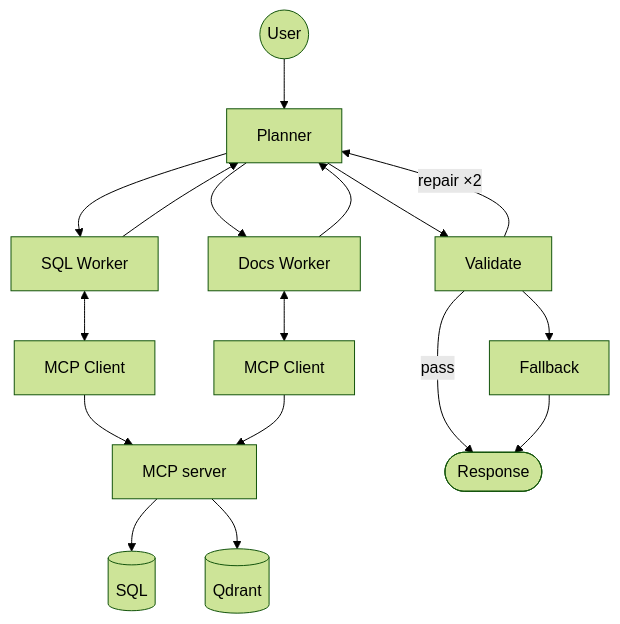
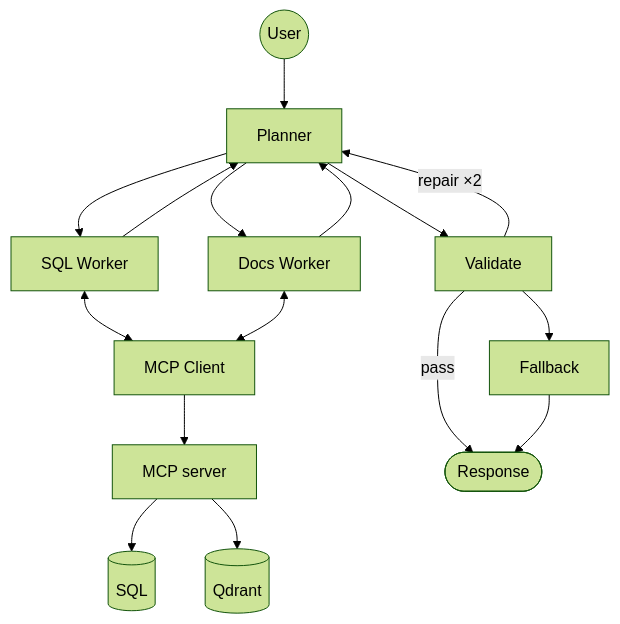
The second of 2 diagrams in scratch/multi-agent.md (sazzad-kamal/crm-agentic-mcp-engine), drawn with Mermaid (forest theme) before and after one commit. The commit also changed other lines of this file, not shown here.

Commit message:
Multi-agent: one shared MCP client; note repair stays in reasoning layer (not tools)

````diff
--- a/scratch/multi-agent.md
+++ b/scratch/multi-agent.md
@@ -45,25 +44,24 @@
 ```mermaid
 flowchart TB
     Q(("User")) --> PL["Planner"]
 
     PL --> W1["SQL Worker"]
     PL --> W2["Docs Worker"]
     W1 --> PL
     W2 --> PL
 
-    W1 <--> MC1["MCP Client"]
-    W2 <--> MC2["MCP Client"]
-    MC1 --> MCPSRV["MCP server"]
-    MC2 --> MCPSRV
+    W1 <--> MC["MCP Client"]
+    W2 <--> MC
+    MC --> MCPSRV["MCP server"]
 
     PL --> VAL["Validate"]
     VAL -->|"repair ×2"| PL
     VAL --> FB["Fallback"]
     VAL -->|pass| RESP
     FB --> RESP
 
     RESP(["Response"])
 
     MCPSRV --> DB[("SQL")]
     MCPSRV --> VS[("Qdrant")]
 ```
````
